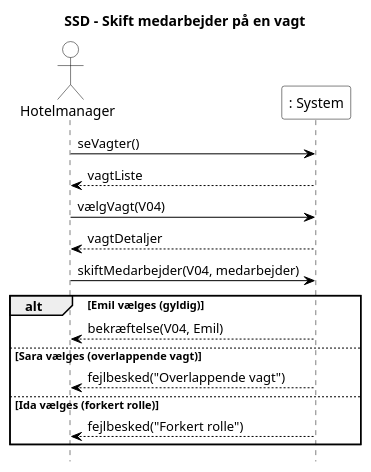
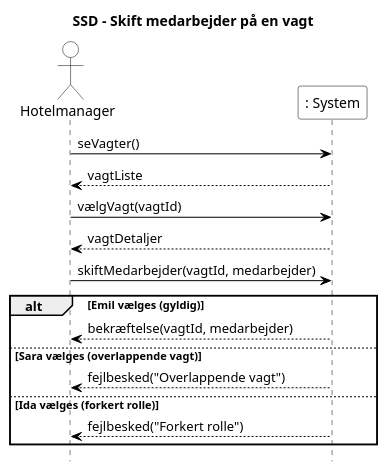
One commit to Baileykingaby/HotelFjordblik changed the diagram in SSD2.puml. Above: the diagram before and after it, drawn with PlantUML. The commit also changed 1 other file, not shown here.

```diff
--- a/SSD2.puml
+++ b/SSD2.puml
@@ -2,50 +2,50 @@
 @startuml
 title SSD - Skift medarbejder på en vagt
 
 hide footbox
 autoactivate off
 
 skinparam backgroundColor white
 
 skinparam ActorStyle stickman
 skinparam ActorBackgroundColor white
 skinparam ActorBorderColor black
 skinparam ActorFontColor black
 
 skinparam ParticipantBackgroundColor white
 skinparam ParticipantBorderColor black
 skinparam ParticipantFontColor black
 
 skinparam SequenceLifeLineBackgroundColor white
 skinparam SequenceLifeLineBorderColor black
 
 skinparam ArrowColor black
 skinparam ArrowFontColor black
 
 skinparam GroupBorderColor black
 skinparam GroupBackgroundColor white
 skinparam GroupHeaderFontColor black
 skinparam GroupBodyBackgroundColor white
 
 actor "Hotelmanager" as H
 participant ": System" as S
 
 H -> S : seVagter()
 S --> H : vagtListe
 
-H -> S : vælgVagt(V04)
+H -> S : vælgVagt(vagtId)
 S --> H : vagtDetaljer
 
-H -> S : skiftMedarbejder(V04, medarbejder)
+H -> S : skiftMedarbejder(vagtId, medarbejder)
 
 alt Emil vælges (gyldig)
-    S --> H : bekræftelse(V04, Emil)
+    S --> H : bekræftelse(vagtId, medarbejder)
 
 else Sara vælges (overlappende vagt)
     S --> H : fejlbesked("Overlappende vagt")
 
 else Ida vælges (forkert rolle)
     S --> H : fejlbesked("Forkert rolle")
 end
 
 @enduml
```
